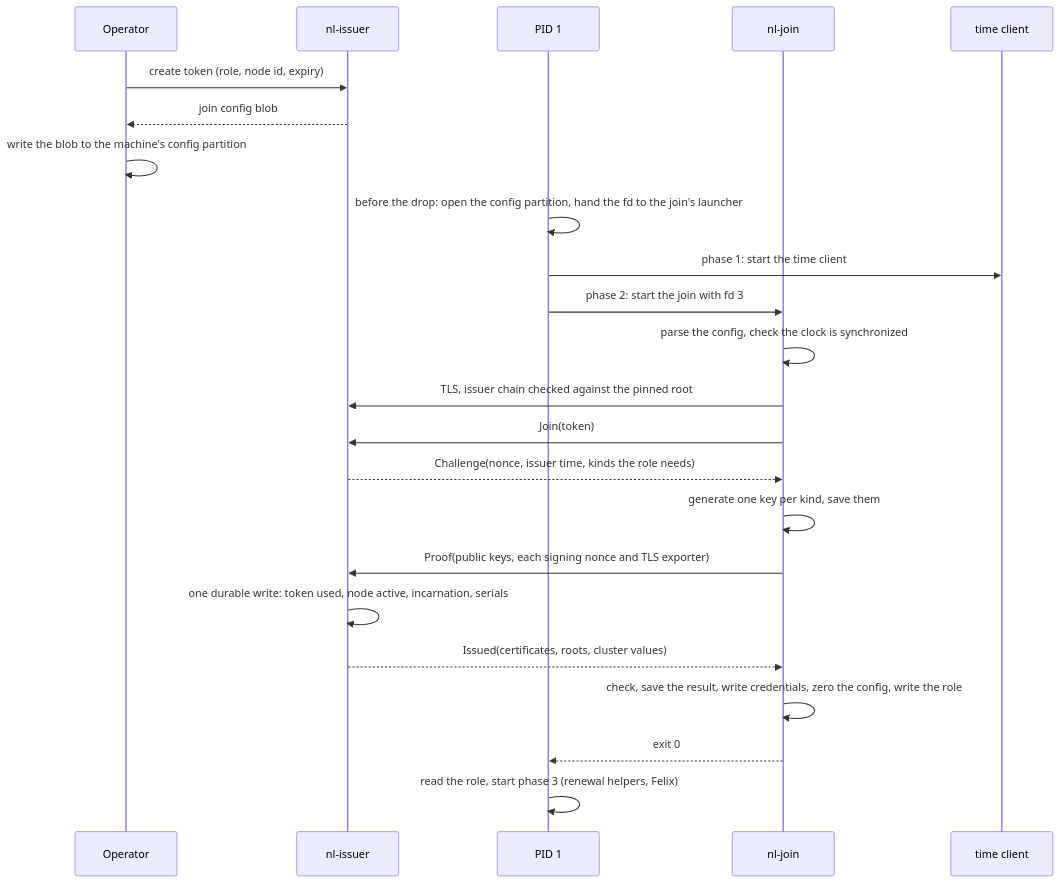
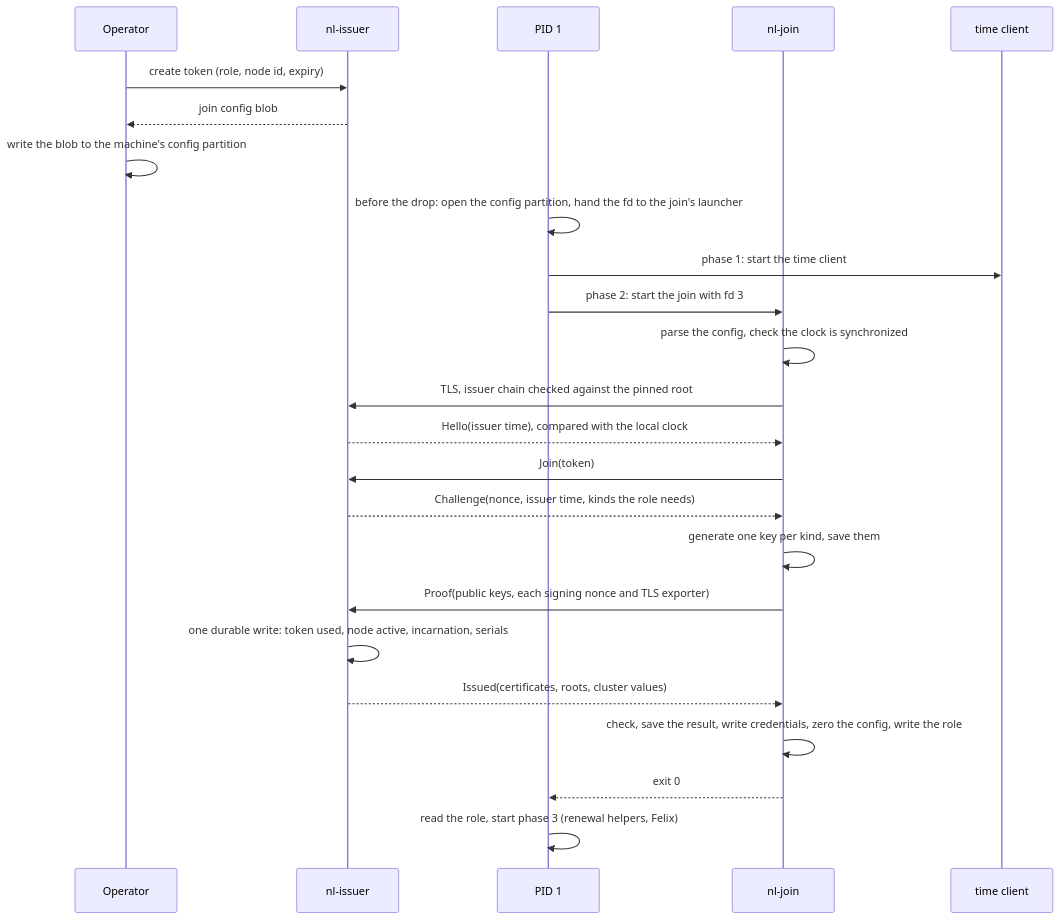
Before and after one commit to GetFelix/ninelives: the diagram in docs/components/join.md, drawn with Mermaid. The commit also changed other lines of this file and 3 other files, not shown here.

````diff
--- a/docs/components/join.md
+++ b/docs/components/join.md
@@ -84,25 +87,26 @@
 ```mermaid
 sequenceDiagram
     participant Op as Operator
     participant Is as nl-issuer
     participant P1 as PID 1
     participant J as nl-join
     participant T as time client
     Op->>Is: create token (role, node id, expiry)
     Is-->>Op: join config blob
     Op->>Op: write the blob to the machine's config partition
     P1->>P1: before the drop: open the config partition, hand the fd to the join's launcher
     P1->>T: phase 1: start the time client
     P1->>J: phase 2: start the join with fd 3
     J->>J: parse the config, check the clock is synchronized
     J->>Is: TLS, issuer chain checked against the pinned root
+    Is-->>J: Hello(issuer time), compared with the local clock
     J->>Is: Join(token)
     Is-->>J: Challenge(nonce, issuer time, kinds the role needs)
     J->>J: generate one key per kind, save them
     J->>Is: Proof(public keys, each signing nonce and TLS exporter)
     Is->>Is: one durable write: token used, node active, incarnation, serials
     Is-->>J: Issued(certificates, roots, cluster values)
     J->>J: check, save the result, write credentials, zero the config, write the role
     J-->>P1: exit 0
     P1->>P1: read the role, start phase 3 (renewal helpers, Felix)
 ```
````
